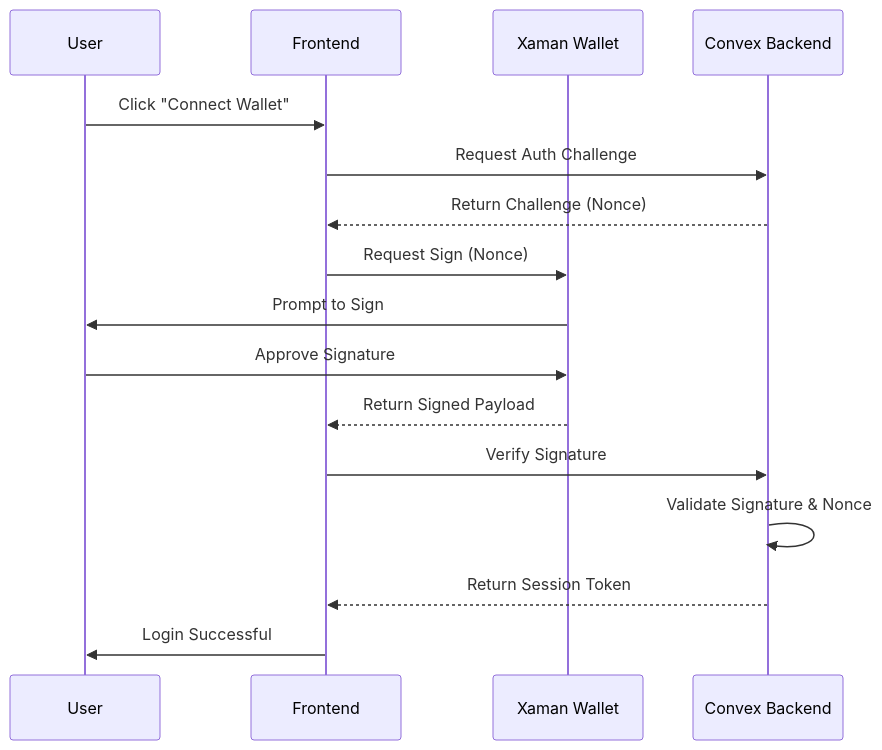
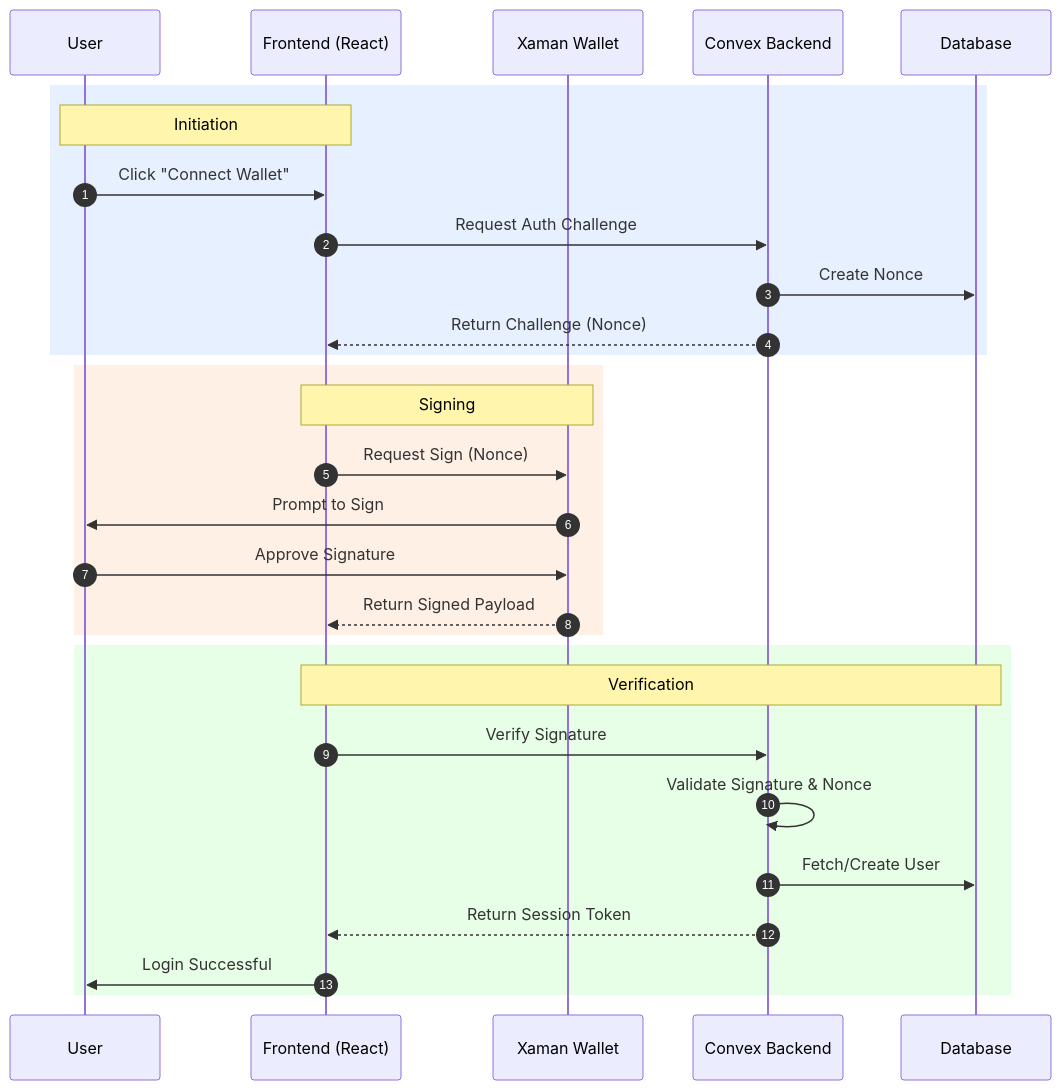
Before and after one commit to MrDecryptDecipher/xrpl-institutional-fund-management: the third of 17 diagrams in README.md, drawn with Mermaid. The commit also changed other lines of this file, not shown here.

Commit message:
docs: enhance mermaid diagrams with color and detail

````diff
--- a/README.md
+++ b/README.md
@@ -108,19 +163,34 @@
 ```mermaid
 sequenceDiagram
+    autonumber
     participant User
-    participant UI as Frontend
+    participant UI as Frontend (React)
     participant Xaman as Xaman Wallet
     participant API as Convex Backend
+    participant DB as Database
 
+    rect rgb(230, 240, 255)
+    Note over User, UI: Initiation
     User->>UI: Click "Connect Wallet"
     UI->>API: Request Auth Challenge
+    API->>DB: Create Nonce
     API-->>UI: Return Challenge (Nonce)
+    end
+
+    rect rgb(255, 240, 230)
+    Note over UI, Xaman: Signing
     UI->>Xaman: Request Sign (Nonce)
     Xaman->>User: Prompt to Sign
     User->>Xaman: Approve Signature
     Xaman-->>UI: Return Signed Payload
+    end
+
+    rect rgb(230, 255, 230)
+    Note over UI, DB: Verification
     UI->>API: Verify Signature
     API->>API: Validate Signature & Nonce
+    API->>DB: Fetch/Create User
     API-->>UI: Return Session Token
     UI->>User: Login Successful
+    end
 ```
````
